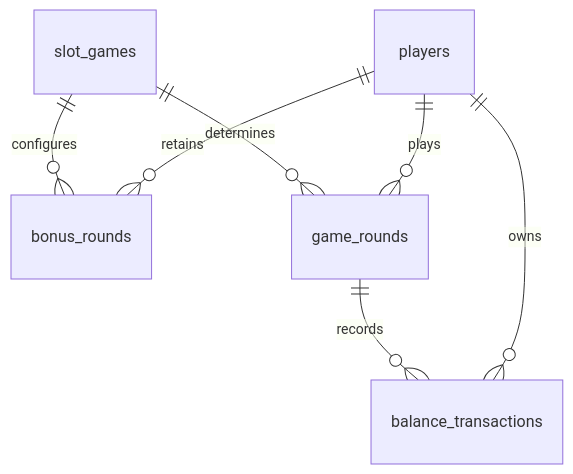
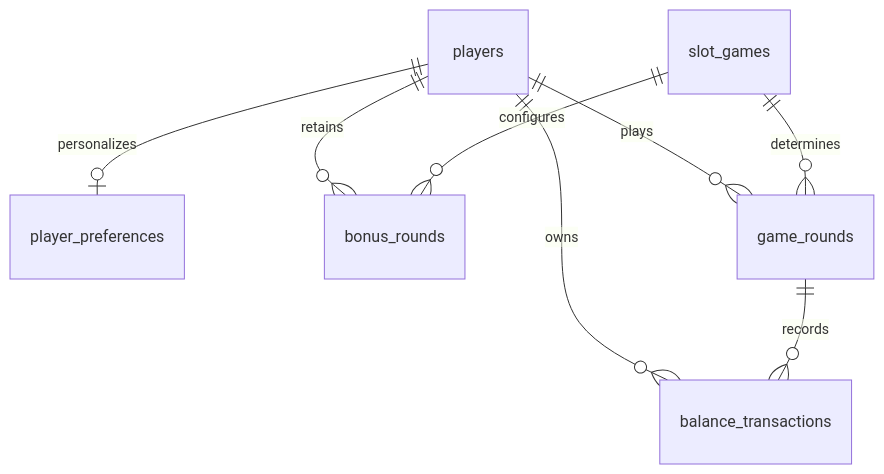
The diagram in README.md (dashkalikov/neiroslop-database), drawn with Mermaid before and after one commit. The commit also changed other lines of this file and 1 other file, not shown here.

Commit message:
docs: describe player preferences and the expanded catalog

````diff
--- a/README.md
+++ b/README.md
@@ -9,9 +9,10 @@
 ```mermaid
 erDiagram
+    players ||--o| player_preferences : personalizes
     players ||--o{ bonus_rounds : retains
     slot_games ||--o{ bonus_rounds : configures
     players ||--o{ game_rounds : plays
     slot_games ||--o{ game_rounds : determines
     players ||--o{ balance_transactions : owns
     game_rounds ||--o{ balance_transactions : records
 ```
````
